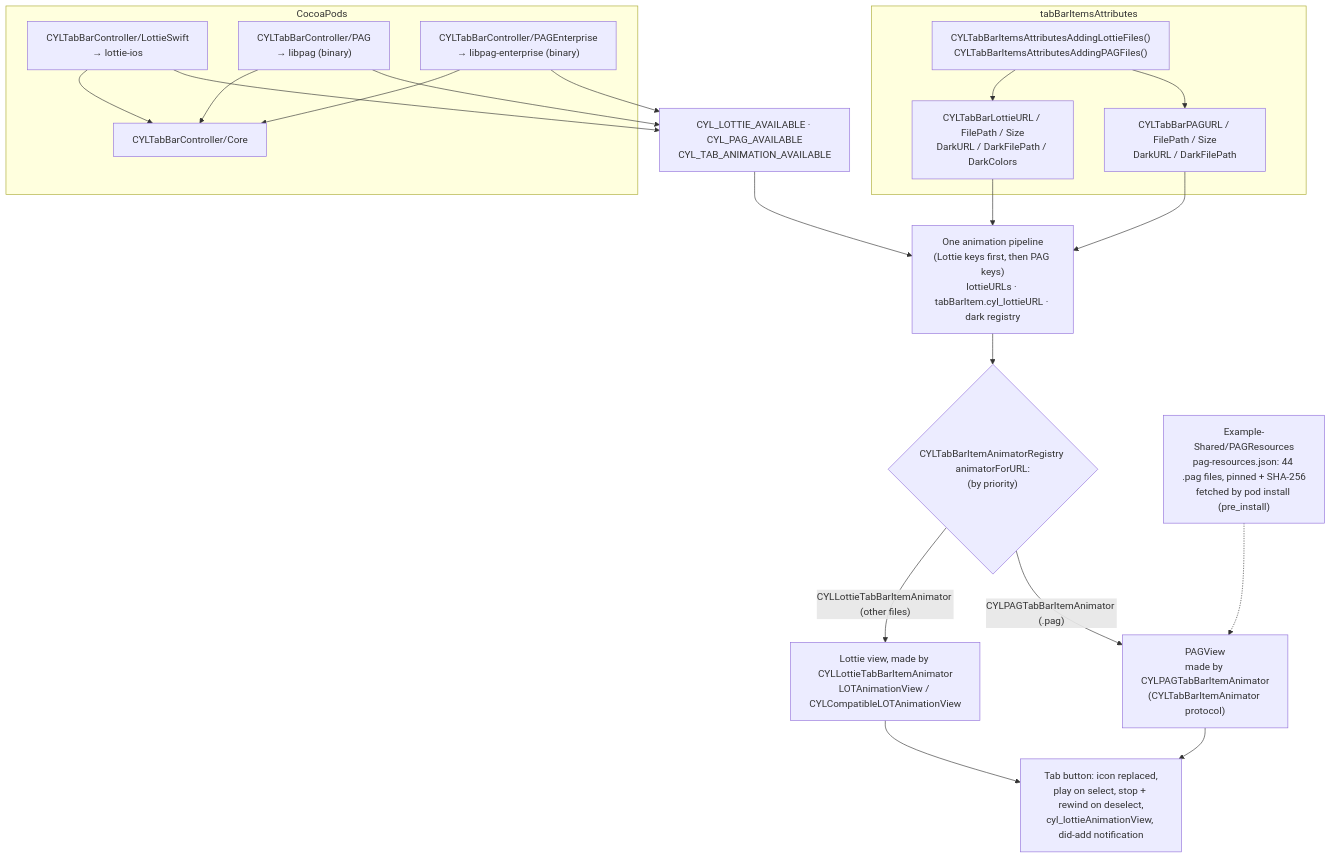
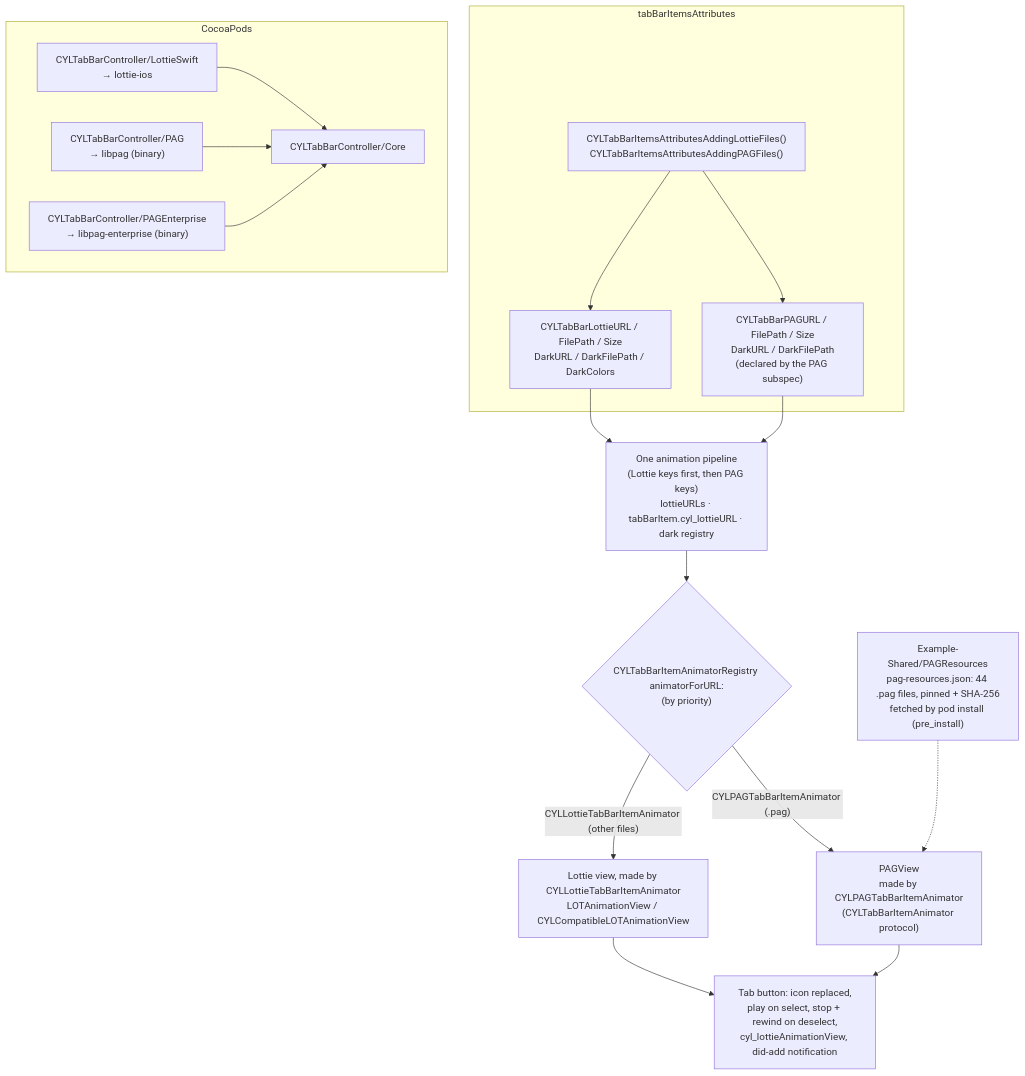
Before and after one commit to ChenYilong/CYLTabBarController: the first of 2 diagrams in docs/PAG-Animation.md, drawn with Mermaid. The commit also changed other lines of this file and 973 other files, not shown here.

Commit message:
feat: ✨ Rive tab icon animations like Lottie and PAG (#752)

````diff
--- a/docs/PAG-Animation.md
+++ b/docs/PAG-Animation.md
@@ -83,40 +83,35 @@
 ```mermaid
 flowchart TB
     subgraph Keys["tabBarItemsAttributes"]
         lk["CYLTabBarLottieURL / FilePath / Size<br/>DarkURL / DarkFilePath / DarkColors"]
-        pk["CYLTabBarPAGURL / FilePath / Size<br/>DarkURL / DarkFilePath"]
+        pk["CYLTabBarPAGURL / FilePath / Size<br/>DarkURL / DarkFilePath<br/>(declared by the PAG subspec)"]
         helper["CYLTabBarItemsAttributesAddingLottieFiles()<br/>CYLTabBarItemsAttributesAddingPAGFiles()"]
     end
 
     subgraph Pods["CocoaPods"]
         lottiePod["CYLTabBarController/LottieSwift<br/>→ lottie-ios"]
         pagPod["CYLTabBarController/PAG<br/>→ libpag (binary)"]
         pagEntPod["CYLTabBarController/PAGEnterprise<br/>→ libpag-enterprise (binary)"]
         core["CYLTabBarController/Core"]
     end
 
-    macros["CYL_LOTTIE_AVAILABLE · CYL_PAG_AVAILABLE<br/>CYL_TAB_ANIMATION_AVAILABLE"]
     pipeline["One animation pipeline<br/>(Lottie keys first, then PAG keys)<br/>lottieURLs · tabBarItem.cyl_lottieURL · dark registry"]
     choose{"CYLTabBarItemAnimatorRegistry animatorForURL:<br/>(by priority)"}
     lottieView["Lottie view, made by CYLLottieTabBarItemAnimator<br/>LOTAnimationView / CYLCompatibleLOTAnimationView"]
     pagView["PAGView<br/>made by CYLPAGTabBarItemAnimator<br/>(CYLTabBarItemAnimator protocol)"]
     tab["Tab button: icon replaced,<br/>play on select, stop + rewind on deselect,<br/>cyl_lottieAnimationView, did-add notification"]
 
     helper --> lk
     helper --> pk
     lottiePod --> core
     pagPod --> core
     pagEntPod --> core
-    pagEntPod --> macros
-    lottiePod --> macros
-    pagPod --> macros
     lk --> pipeline
     pk --> pipeline
-    macros --> pipeline
     pipeline --> choose
     choose -- "CYLLottieTabBarItemAnimator (other files)" --> lottieView
     choose -- "CYLPAGTabBarItemAnimator (.pag)" --> pagView
     lottieView --> tab
     pagView --> tab
     res["Example-Shared/PAGResources<br/>pag-resources.json: 44 .pag files, pinned + SHA-256<br/>fetched by pod install (pre_install)"] -.-> pagView
 ```
````
